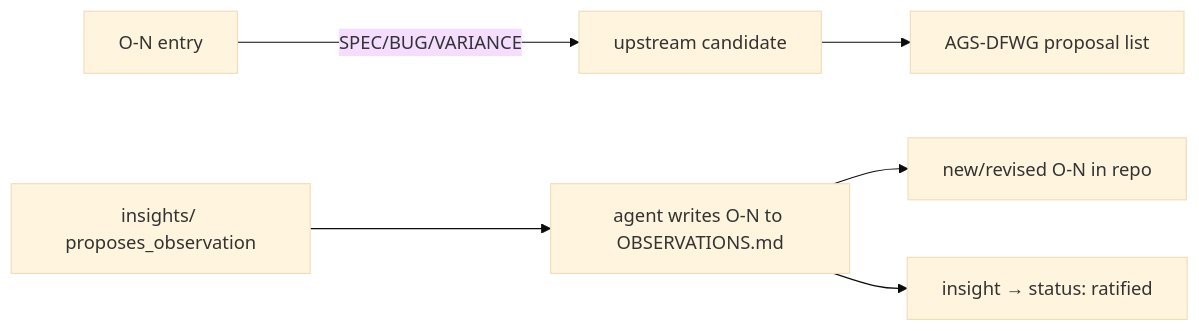
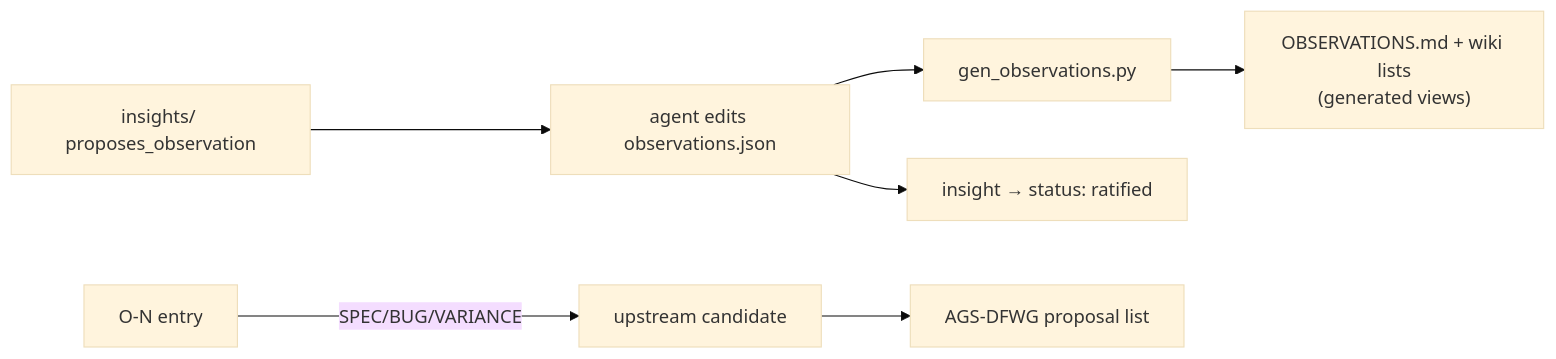
The diagram in ags-wiki/concepts/upstream-reporting.md (niko86/laterite), drawn with Mermaid (base theme) before and after one commit. The commit also changed other lines of this file and 22 other files, not shown here.

````diff
--- a/ags-wiki/concepts/upstream-reporting.md
+++ b/ags-wiki/concepts/upstream-reporting.md
@@ -21,8 +30,9 @@
 ```mermaid
 flowchart LR
   OBS[O-N entry] -->|SPEC/BUG/VARIANCE| CAND[upstream candidate]
-  INS[insights/ proposes_observation] --> WR[agent writes O-N to OBSERVATIONS.md]
-  WR --> ON[new/revised O-N in repo]
+  INS[insights/ proposes_observation] --> WR[agent edits observations.json]
+  WR --> GEN[gen_observations.py]
+  GEN --> ON["OBSERVATIONS.md + wiki lists<br/>(generated views)"]
   WR --> RAT[insight → status: ratified]
   CAND --> DFWG[AGS-DFWG proposal list]
 ```
````
